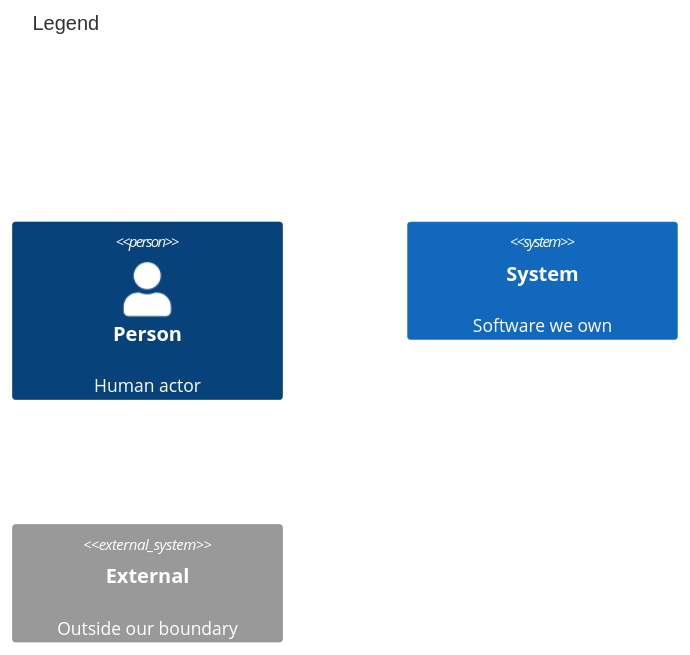
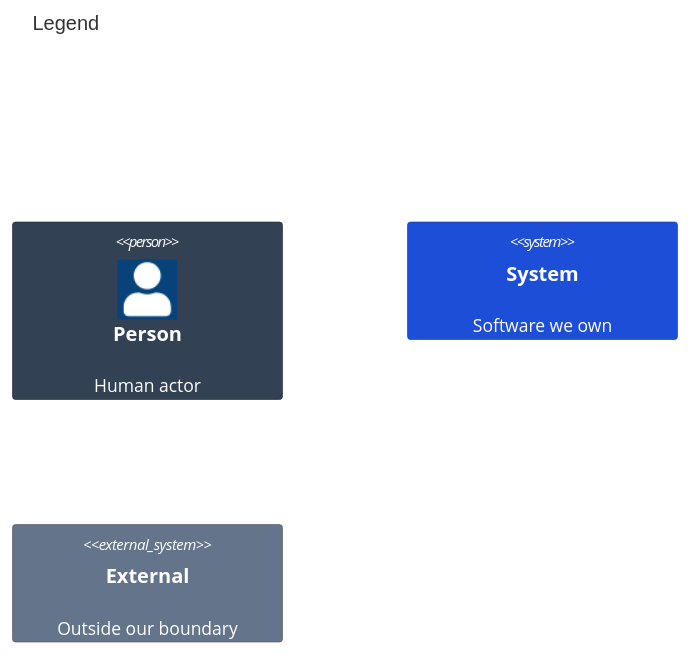
Before and after one commit to may-journal/apple-ui-testing-library: the second of 2 diagrams in docs/architecture/01-system-context.md, drawn with Mermaid. The commit also changed other lines of this file and 7 other files, not shown here.

First line of the commit message:
docs(architecture): draw each view in the form and palette of its level (#107)

````diff
--- a/docs/architecture/01-system-context.md
+++ b/docs/architecture/01-system-context.md
@@ -25,8 +32,12 @@
 ```mermaid
 C4Context
     title Legend
 
     Person(p, "Person", "Human actor")
     System(s, "System", "Software we own")
     System_Ext(e, "External", "Outside our boundary")
+
+    UpdateElementStyle(p, $bgColor="#334155", $borderColor="#1e293b", $fontColor="#ffffff")
+    UpdateElementStyle(s, $bgColor="#1d4ed8", $borderColor="#1e3a8a", $fontColor="#ffffff")
+    UpdateElementStyle(e, $bgColor="#64748b", $borderColor="#475569", $fontColor="#ffffff")
 ```
````
